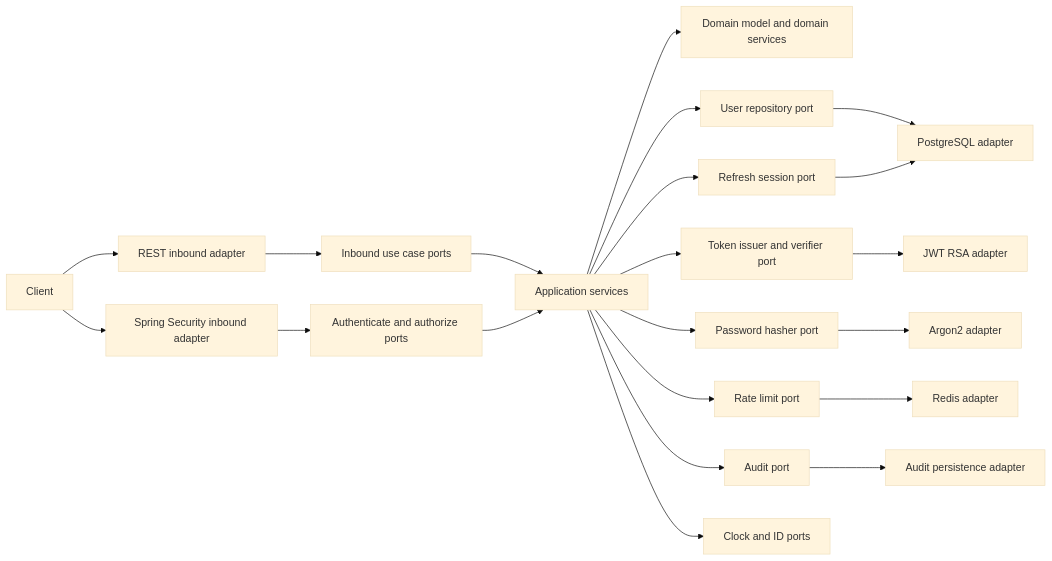
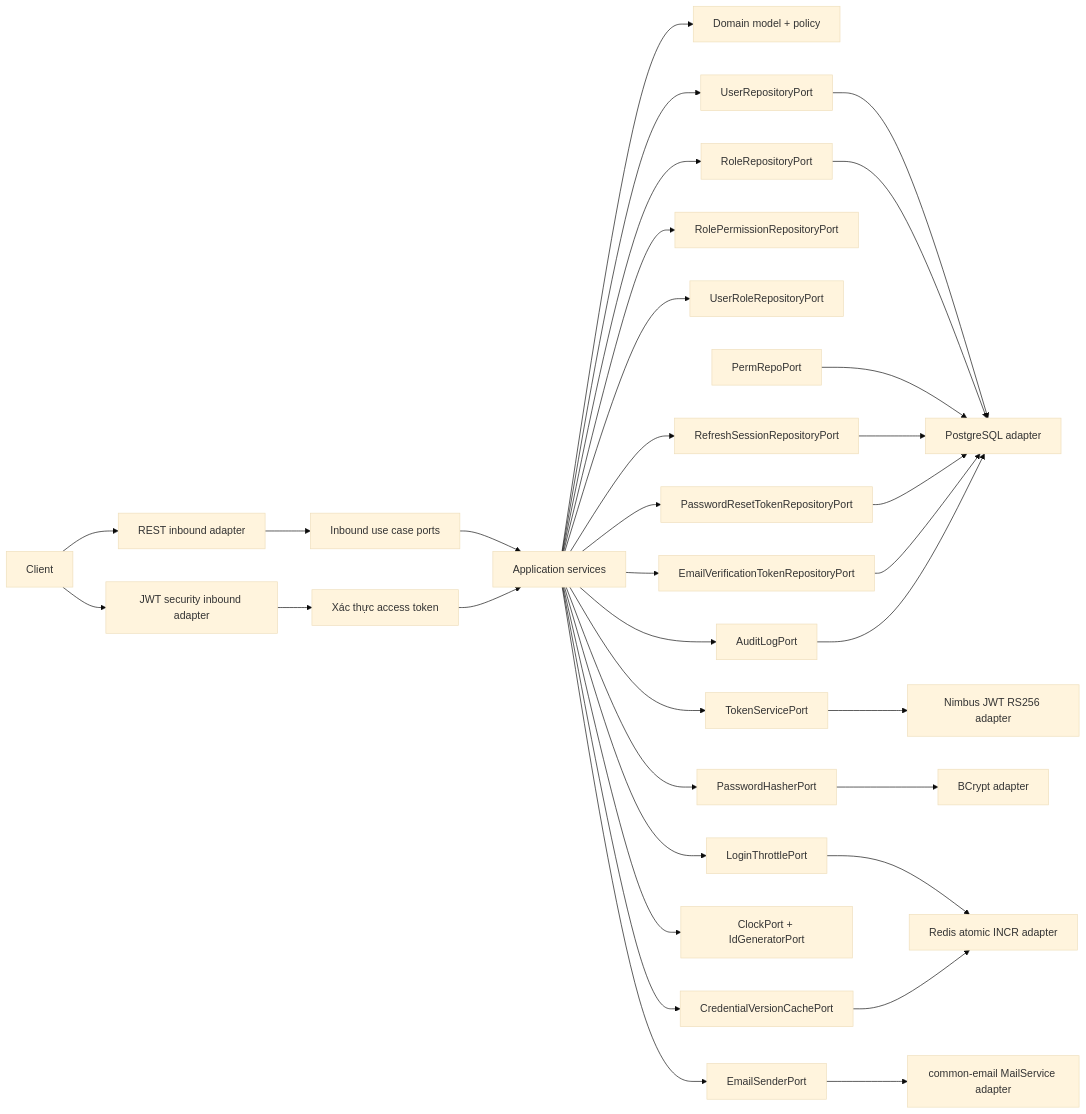
One commit to vandunxg/file_processing changed the first of 6 diagrams in docs/specs/auth-module-requirements.md. Above: the diagram before and after it, drawn with Mermaid (base theme). The commit also changed other lines of this file and 8 other files, not shown here.

First line of the commit message:
docs: add coding rules, common-library catalog, and auth planning docs

````diff
--- a/docs/specs/auth-module-requirements.md
+++ b/docs/specs/auth-module-requirements.md
@@ -471,23 +628,36 @@
 ```mermaid
 flowchart LR
     Client[Client] --> Web[REST inbound adapter]
-    Client --> Security[Spring Security inbound adapter]
+    Client --> Security[JWT security inbound adapter]
     Web --> InPort[Inbound use case ports]
-    Security --> AuthPort[Authenticate and authorize ports]
+    Security --> AuthPort[Xác thực access token]
     InPort --> App[Application services]
     AuthPort --> App
-    App --> Domain[Domain model and domain services]
-    App --> UserRepoPort[User repository port]
-    App --> SessionPort[Refresh session port]
-    App --> TokenPort[Token issuer and verifier port]
-    App --> PasswordPort[Password hasher port]
-    App --> RateLimitPort[Rate limit port]
-    App --> AuditPort[Audit port]
-    App --> ClockPort[Clock and ID ports]
+    App --> Domain[Domain model + policy]
+    App --> UserRepoPort[UserRepositoryPort]
+    App --> RoleRepoPort[RoleRepositoryPort]
+    App --> RolePermRepoPort[RolePermissionRepositoryPort]
+    App --> UserRolePort[UserRoleRepositoryPort]
+    App --> SessionPort[RefreshSessionRepositoryPort]
+    App --> ResetTokenPort[PasswordResetTokenRepositoryPort]
+    App --> VerifyTokenPort[EmailVerificationTokenRepositoryPort]
+    App --> TokenPort[TokenServicePort]
+    App --> PasswordPort[PasswordHasherPort]
+    App --> RateLimitPort[LoginThrottlePort]
+    App --> EmailPort[EmailSenderPort]
+    App --> AuditPort[AuditLogPort]
+    App --> ClockPort[ClockPort + IdGeneratorPort]
+    App --> CachePort[CredentialVersionCachePort]
     UserRepoPort --> JpaAdapter[PostgreSQL adapter]
+    RoleRepoPort --> JpaAdapter
+    PermRepoPort --> JpaAdapter
     SessionPort --> JpaAdapter
-    TokenPort --> JwtAdapter[JWT RSA adapter]
-    PasswordPort --> HashAdapter[Argon2 adapter]
-    RateLimitPort --> RedisAdapter[Redis adapter]
-    AuditPort --> AuditAdapter[Audit persistence adapter]
+    ResetTokenPort --> JpaAdapter
+    VerifyTokenPort --> JpaAdapter
+    AuditPort --> JpaAdapter
+    TokenPort --> JwtAdapter[Nimbus JWT RS256 adapter]
+    PasswordPort --> HashAdapter[BCrypt adapter]
+    RateLimitPort --> RedisAdapter[Redis atomic INCR adapter]
+    CachePort --> RedisAdapter
+    EmailPort --> EmailAdapter[common-email MailService adapter]
 ```
````
